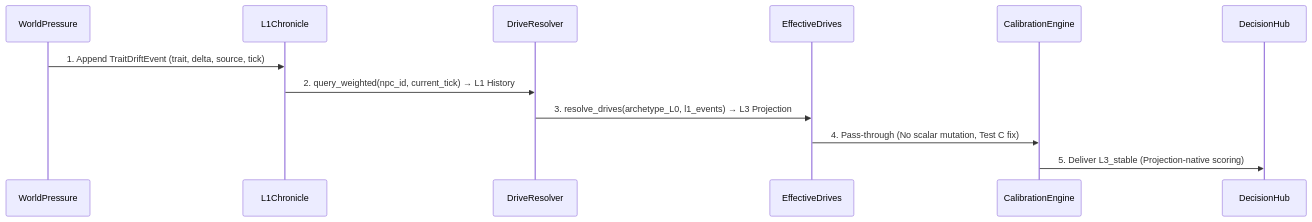
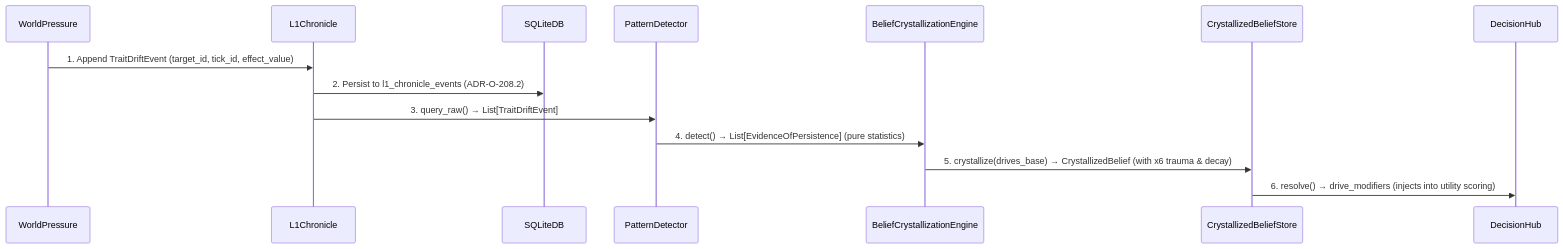
Diagram 19 of 32 in docs/ARCHITECTURE_FLOW_GENERATED.md (4Um4/Enigma), drawn with Mermaid before and after one commit. The commit also changed other lines of this file and 80 other files, not shown here.

````diff
--- a/docs/ARCHITECTURE_FLOW_GENERATED.md
+++ b/docs/ARCHITECTURE_FLOW_GENERATED.md
@@ -930,14 +881,16 @@
 ```mermaid
 sequenceDiagram
 participant WorldPressure
 participant L1Chronicle
-participant DriveResolver
-participant EffectiveDrives
-participant CalibrationEngine
+participant SQLiteDB
+participant PatternDetector
+participant BeliefCrystallizationEngine
+participant CrystallizedBeliefStore
 participant DecisionHub
-WorldPressure->>L1Chronicle: 1. Append TraitDriftEvent (trait, delta, source, tick)
-L1Chronicle->>DriveResolver: 2. query_weighted(npc_id, current_tick) → L1 History
-DriveResolver->>EffectiveDrives: 3. resolve_drives(archetype_L0, l1_events) → L3 Projection
-EffectiveDrives->>CalibrationEngine: 4. Pass-through (No scalar mutation, Test C fix)
-CalibrationEngine->>DecisionHub: 5. Deliver L3_stable (Projection-native scoring)
+WorldPressure->>L1Chronicle: 1. Append TraitDriftEvent (target_id, tick_id, effect_value)
+L1Chronicle->>SQLiteDB: 2. Persist to l1_chronicle_events (ADR-O-208.2)
+L1Chronicle->>PatternDetector: 3. query_raw() → List[TraitDriftEvent]
+PatternDetector->>BeliefCrystallizationEngine: 4. detect() → List[EvidenceOfPersistence] (pure statistics)
+BeliefCrystallizationEngine->>CrystallizedBeliefStore: 5. crystallize(drives_base) → CrystallizedBelief (with x6 trauma & decay)
+CrystallizedBeliefStore->>DecisionHub: 6. resolve() → drive_modifiers (injects into utility scoring)
 ```
````
